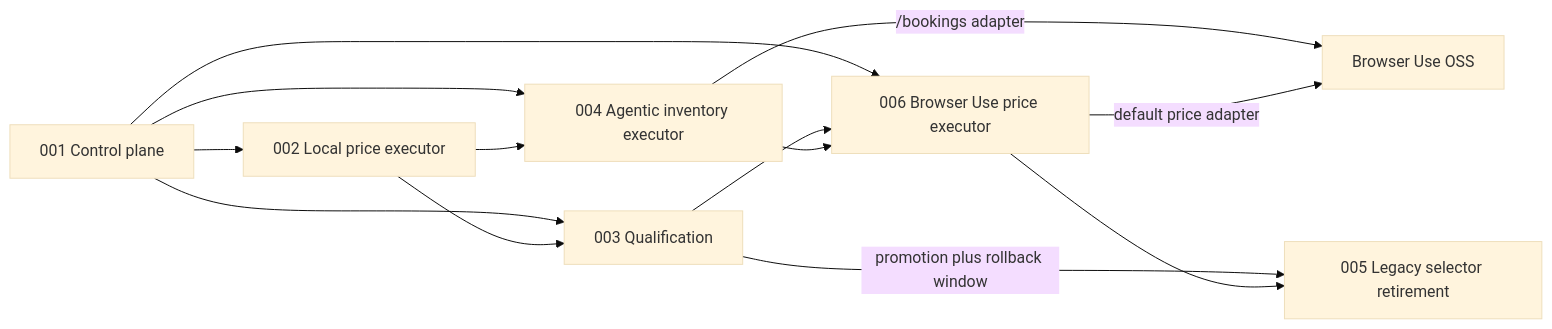
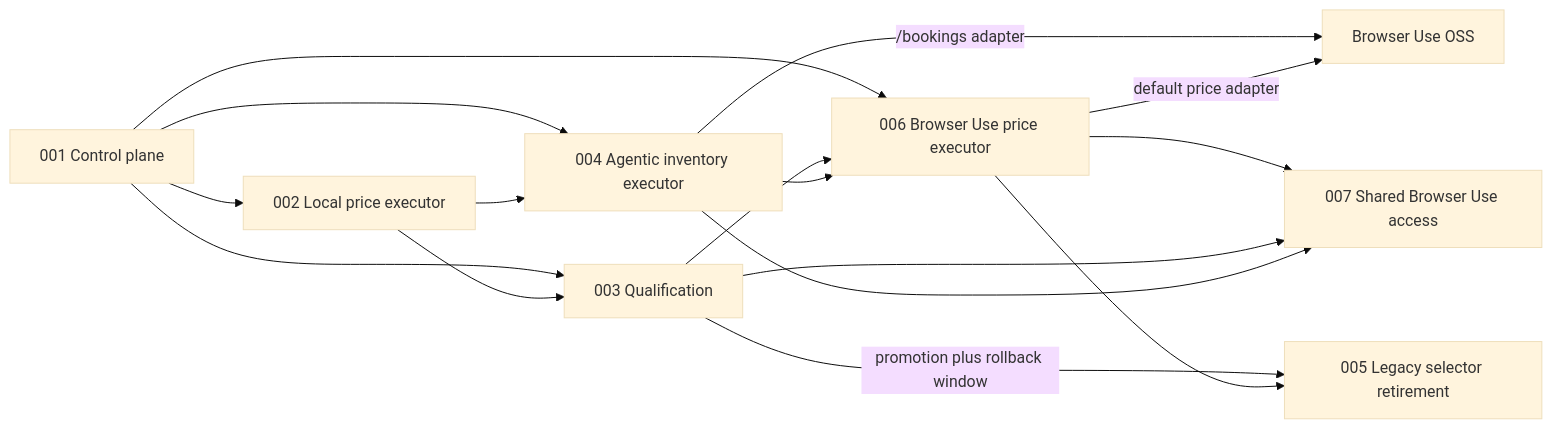
Before and after one commit to romkagribok/booksaver-agent: the diagram in memory-bank/intents/023-replaceable-agentic-browser-executor/units.md, drawn with Mermaid (base theme). The commit also changed other lines of this file and 37 other files, not shown here.

````diff
--- a/memory-bank/intents/023-replaceable-agentic-browser-executor/units.md
+++ b/memory-bank/intents/023-replaceable-agentic-browser-executor/units.md
@@ -76,15 +85,18 @@
 ```mermaid
 flowchart LR
     u1["001 Control plane"] --> u2["002 Local price executor"]
     u1 --> u3["003 Qualification"]
     u2 --> u3
     u1 --> u4["004 Agentic inventory executor"]
     u2 --> u4
     u4 -->|"/bookings adapter"| u4b["Browser Use OSS"]
     u1 --> u6["006 Browser Use price executor"]
     u3 --> u6
     u4 --> u6
     u6 -->|"default price adapter"| u4b
+    u6 --> u7["007 Shared Browser Use access"]
+    u3 --> u7
+    u4 --> u7
     u3 -->|"promotion plus rollback window"| u5["005 Legacy selector retirement"]
     u6 --> u5
 ```
````
